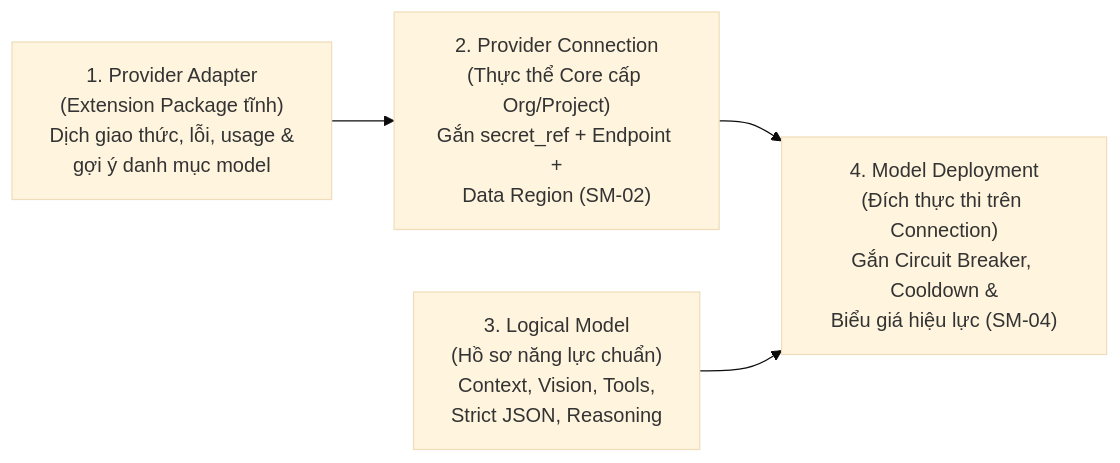
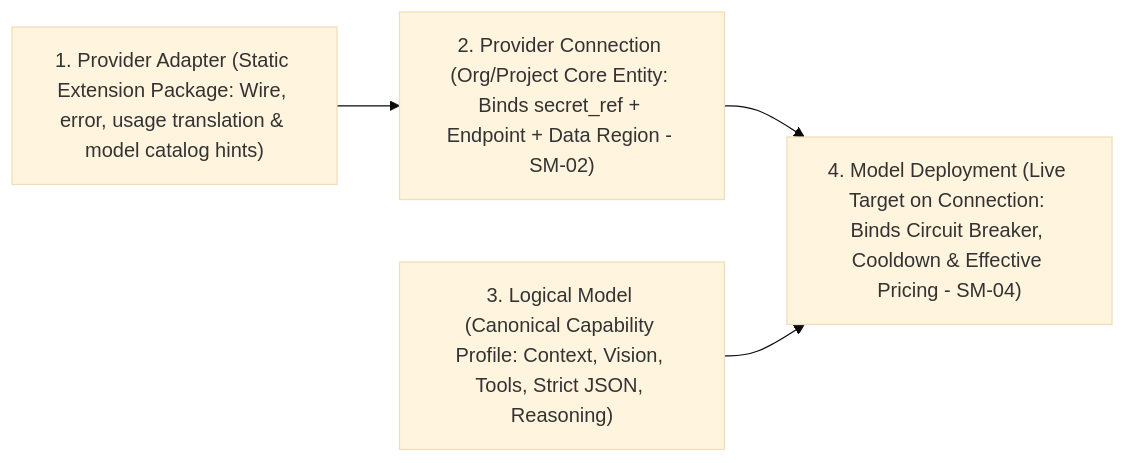
One commit to nguywnben/tanpopo changed the first of 2 diagrams in docs/specifications/provider-adapter.md. Above: the diagram before and after it, drawn with Mermaid (base theme). The commit also changed other lines of this file and 111 other files, not shown here.

````diff
--- a/docs/specifications/provider-adapter.md
+++ b/docs/specifications/provider-adapter.md
@@ -15,6 +15,6 @@
 ```mermaid
 flowchart LR
-    PA["1. Provider Adapter<br/>(Extension Package tĩnh)<br/>Dịch giao thức, lỗi, usage &<br/>gợi ý danh mục model"] --> PC["2. Provider Connection<br/>(Thực thể Core cấp Org/Project)<br/>Gắn secret_ref + Endpoint +<br/>Data Region (SM-02)"]
-    PC --> MD["4. Model Deployment<br/>(Đích thực thi trên Connection)<br/>Gắn Circuit Breaker, Cooldown &<br/>Biểu giá hiệu lực (SM-04)"]
-    LM["3. Logical Model<br/>(Hồ sơ năng lực chuẩn)<br/>Context, Vision, Tools,<br/>Strict JSON, Reasoning"] --> MD
+    PA["1. Provider Adapter (Static Extension Package: Wire, error, usage translation & model catalog hints)"] --> PC["2. Provider Connection (Org/Project Core Entity: Binds secret_ref + Endpoint + Data Region - SM-02)"]
+    PC --> MD["4. Model Deployment (Live Target on Connection: Binds Circuit Breaker, Cooldown & Effective Pricing - SM-04)"]
+    LM["3. Logical Model (Canonical Capability Profile: Context, Vision, Tools, Strict JSON, Reasoning)"] --> MD
 ```
````
